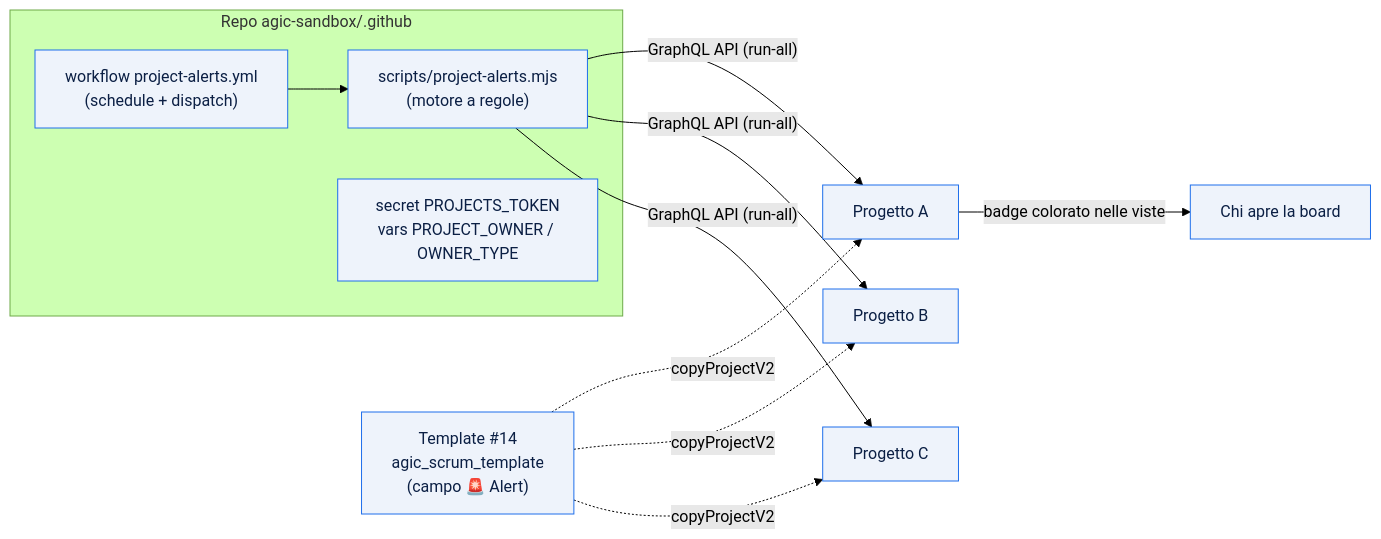
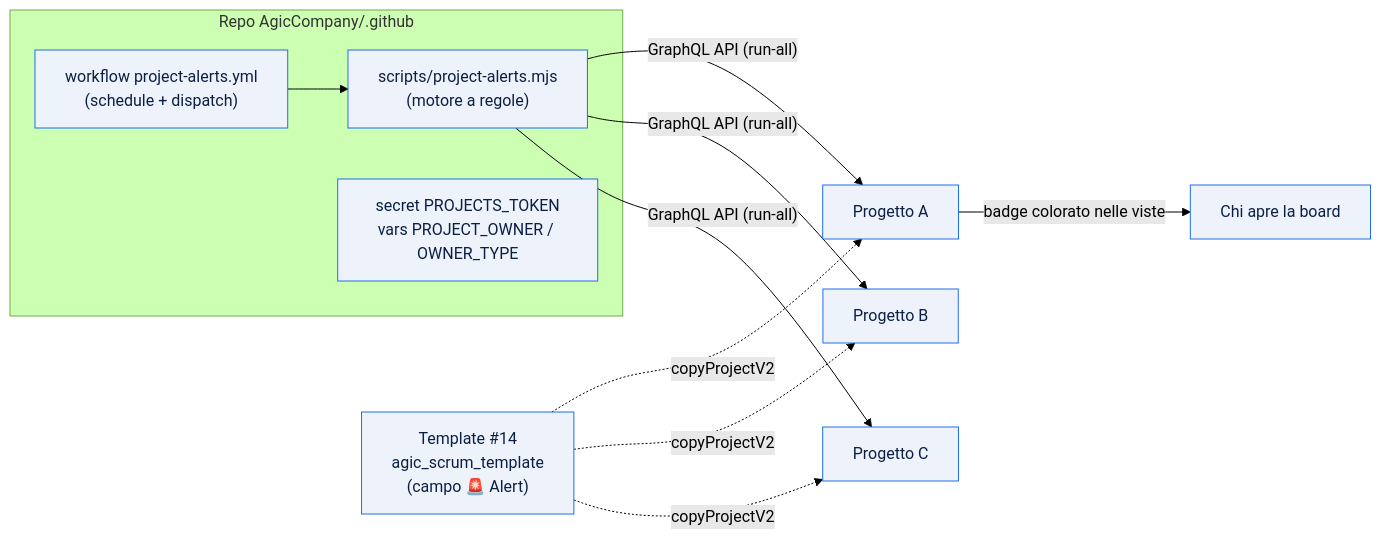
Before and after one commit to AgicCompany/.github: the diagram in docs/04-project-alerts.md, drawn with Mermaid (forest theme). The commit also changed other lines of this file and 14 other files, not shown here.

Commit message:
fix: change org name to AgicCompany

````diff
--- a/docs/04-project-alerts.md
+++ b/docs/04-project-alerts.md
@@ -15,15 +15,15 @@
 ```mermaid
 flowchart LR
     TPL["Template #14<br/>agic_scrum_template<br/>(campo 🚨 Alert)"] -.->|copyProjectV2| P1["Progetto A"] & P2["Progetto B"] & P3["Progetto C"]
-    subgraph GH["Repo agic-sandbox/.github"]
+    subgraph GH["Repo AgicCompany/.github"]
         WF["workflow project-alerts.yml<br/>(schedule + dispatch)"]
         SCRIPT["scripts/project-alerts.mjs<br/>(motore a regole)"]
         SEC["secret PROJECTS_TOKEN<br/>vars PROJECT_OWNER / OWNER_TYPE"]
     end
     WF --> SCRIPT
     SCRIPT -->|"GraphQL API (run-all)"| P1 & P2 & P3
     P1 -->|badge colorato nelle viste| USERS["Chi apre la board"]
 
     classDef box fill:#eef3fb,stroke:#1f6feb,color:#0b1f44;
     class TPL,P1,P2,P3,WF,SCRIPT,SEC,USERS box;
 ```
````
